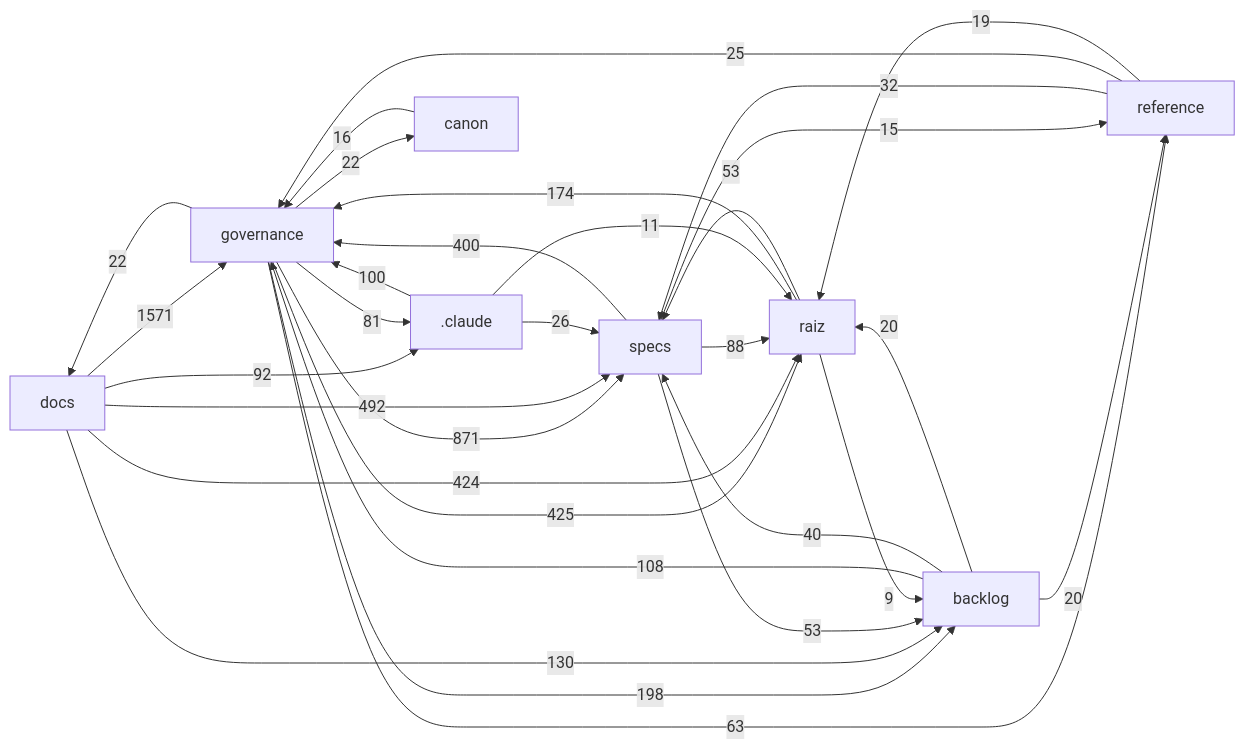
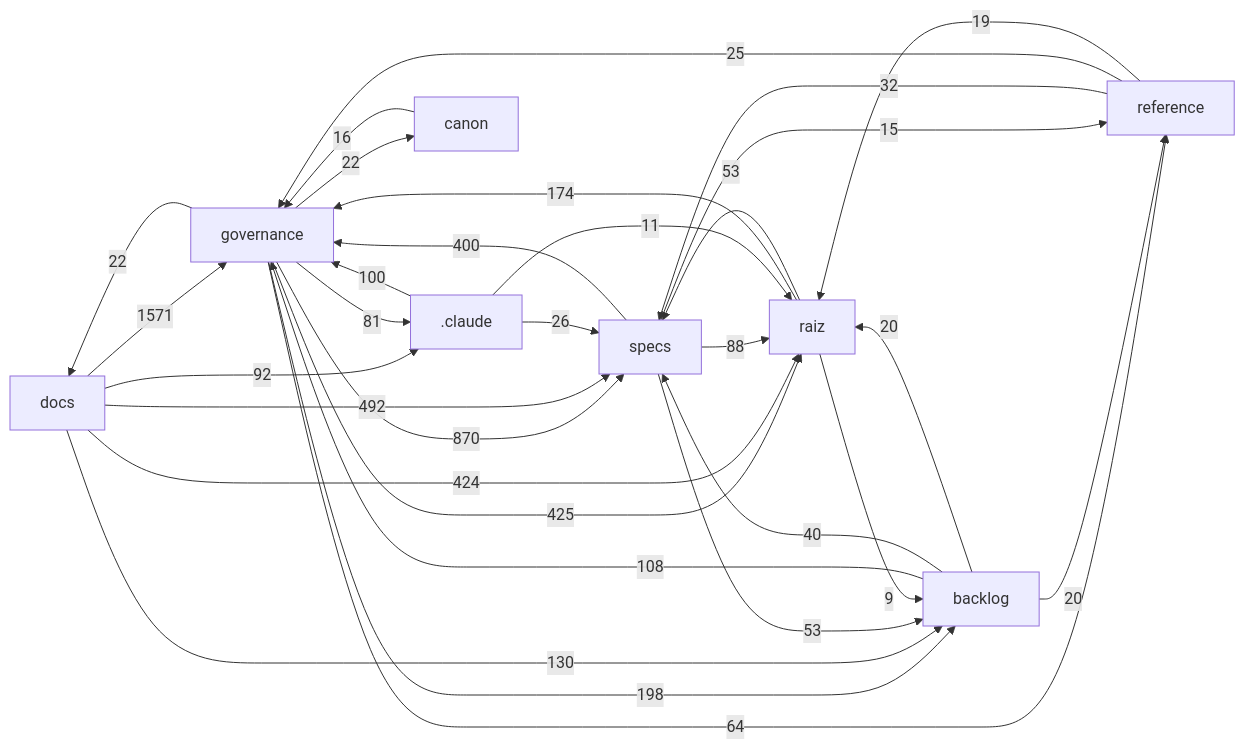
Before and after one commit to Andraus35/Sistema-Operacional-de-Trading--SOT: the diagram in docs/mapa/MAPA-PROJETO.md, drawn with Mermaid. The commit also changed other lines of this file and 2 other files, not shown here.

````diff
--- a/docs/mapa/MAPA-PROJETO.md
+++ b/docs/mapa/MAPA-PROJETO.md
@@ -29,33 +29,33 @@
 ```mermaid
 flowchart LR
   docs["docs"] -->|1571| governance["governance"]
-  governance["governance"] -->|871| specs["specs"]
+  governance["governance"] -->|870| specs["specs"]
   docs["docs"] -->|492| specs["specs"]
   governance["governance"] -->|425| raiz["raiz"]
   docs["docs"] -->|424| raiz["raiz"]
   specs["specs"] -->|400| governance["governance"]
   governance["governance"] -->|198| backlog["backlog"]
   raiz["raiz"] -->|174| governance["governance"]
   docs["docs"] -->|130| backlog["backlog"]
   backlog["backlog"] -->|108| governance["governance"]
   _claude[".claude"] -->|100| governance["governance"]
   docs["docs"] -->|92| _claude[".claude"]
   specs["specs"] -->|88| raiz["raiz"]
   governance["governance"] -->|81| _claude[".claude"]
-  governance["governance"] -->|63| reference["reference"]
+  governance["governance"] -->|64| reference["reference"]
   raiz["raiz"] -->|53| specs["specs"]
   specs["specs"] -->|53| backlog["backlog"]
   backlog["backlog"] -->|40| specs["specs"]
   reference["reference"] -->|32| specs["specs"]
   _claude[".claude"] -->|26| specs["specs"]
   reference["reference"] -->|25| governance["governance"]
   governance["governance"] -->|22| docs["docs"]
   governance["governance"] -->|22| canon["canon"]
   backlog["backlog"] -->|20| raiz["raiz"]
   backlog["backlog"] -->|20| reference["reference"]
   reference["reference"] -->|19| raiz["raiz"]
   canon["canon"] -->|16| governance["governance"]
   specs["specs"] -->|15| reference["reference"]
   _claude[".claude"] -->|11| raiz["raiz"]
   raiz["raiz"] -->|9| backlog["backlog"]
 ```
````
